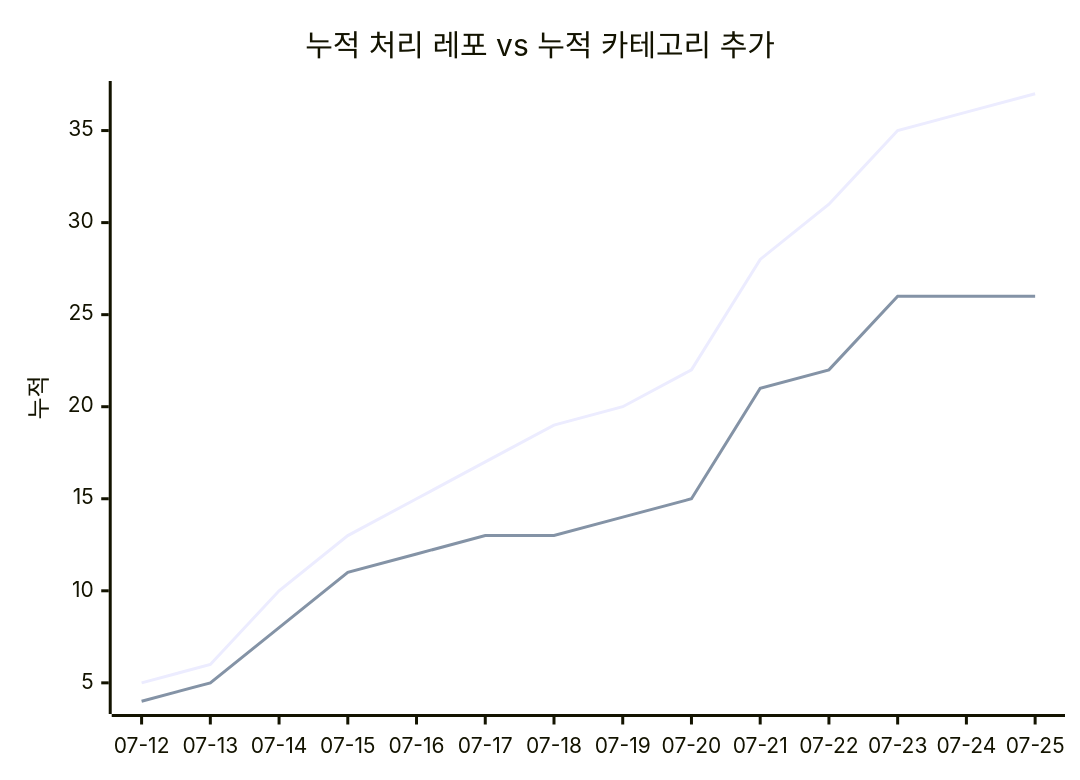
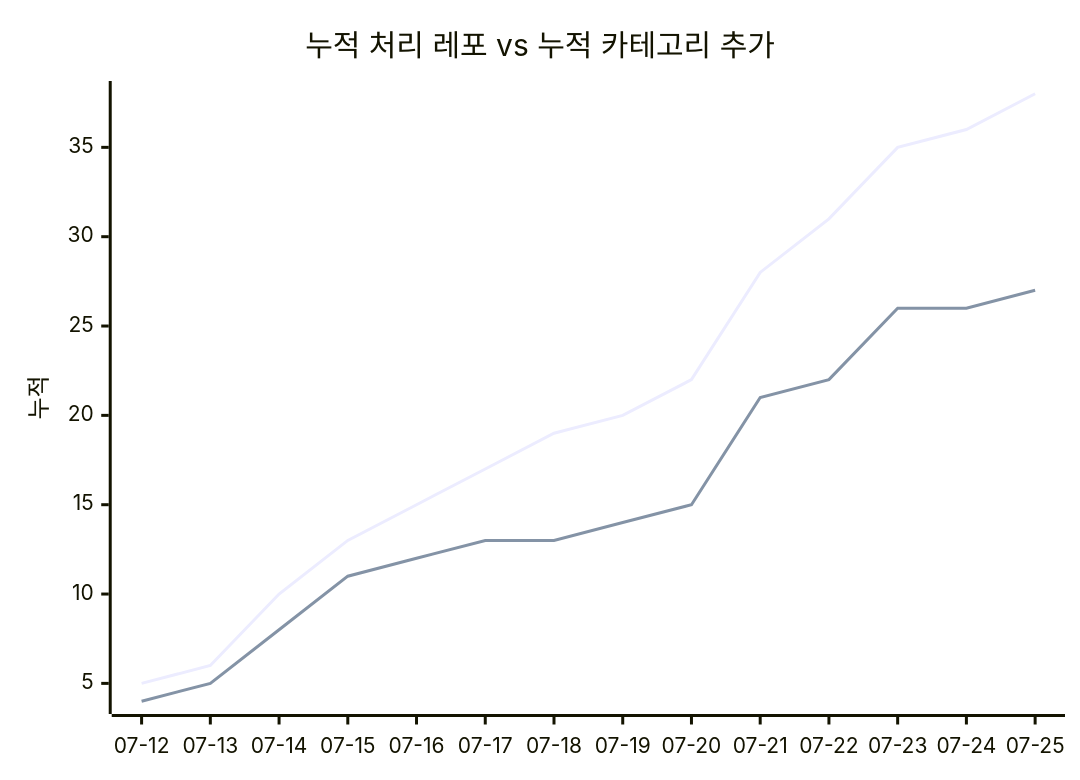
The second of 2 diagrams in docs/trends.md (J-nowcow/awesome-korean-agent-skills), drawn with Mermaid before and after one commit. The commit also changed other lines of this file and 4 other files, not shown here.

````diff
--- a/docs/trends.md
+++ b/docs/trends.md
@@ -68,8 +68,8 @@
 ```mermaid
 xychart-beta
     title "누적 처리 레포 vs 누적 카테고리 추가"
     x-axis ["07-12","07-13","07-14","07-15","07-16","07-17","07-18","07-19","07-20","07-21","07-22","07-23","07-24","07-25"]
     y-axis "누적"
-    line [5,6,10,13,15,17,19,20,22,28,31,35,36,37]
-    line [4,5,8,11,12,13,13,14,15,21,22,26,26,26]
+    line [5,6,10,13,15,17,19,20,22,28,31,35,36,38]
+    line [4,5,8,11,12,13,13,14,15,21,22,26,26,27]
 ```
````
